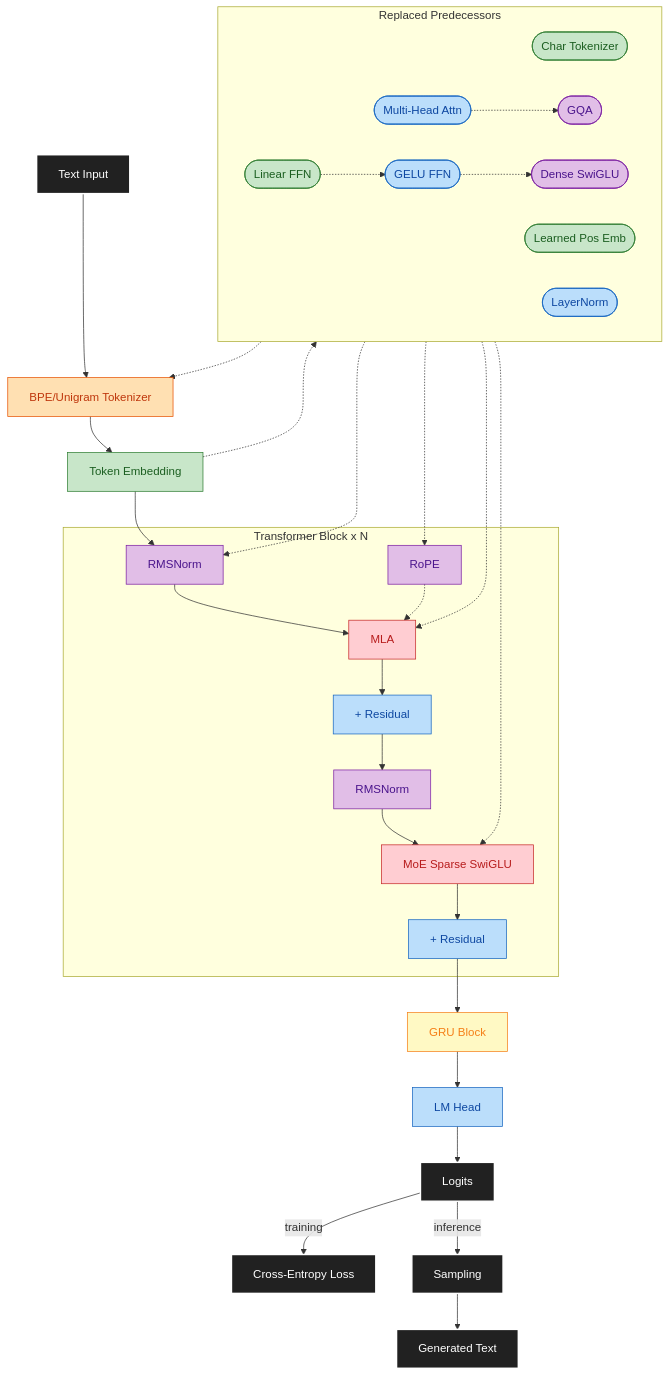
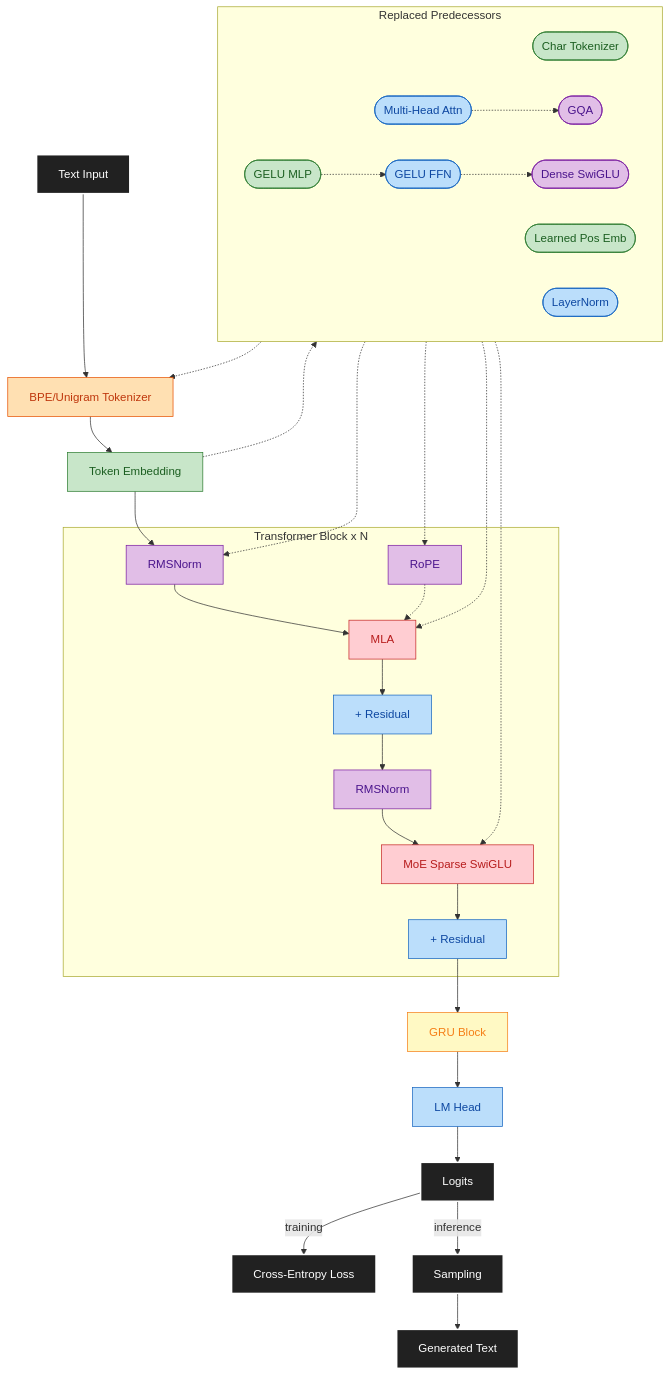
One commit to maxjbarfuss/max_llm changed the diagram in README.md. Above: the diagram before and after it, drawn with Mermaid. The commit also changed 10 other files, not shown here.

````diff
--- a/README.md
+++ b/README.md
@@ -35,44 +35,44 @@
 ```mermaid
 graph TD
     In[Text Input]:::io --> Tok[BPE/Unigram Tokenizer]:::p4 --> Emb[Token Embedding]:::p2 --> N1
 
     subgraph Block[Transformer Block x N]
         N1[RMSNorm]:::p5 --> ATT[MLA]:::p8 --> R1[+ Residual]:::p3
         RoPE[RoPE]:::p5 -.-> ATT
         R1 --> N2[RMSNorm]:::p5 --> MOE[MoE Sparse SwiGLU]:::p8 --> R2[+ Residual]:::p3
     end
 
     R2 --> GRU[GRU Block]:::p9 --> Head[LM Head]:::p3 --> Logits[Logits]:::io
     Logits -->|training| Loss[Cross-Entropy Loss]:::io
     Logits -->|inference| Samp[Sampling]:::io --> GenOut[Generated Text]:::io
 
     subgraph Replaced[Replaced Predecessors]
         direction LR
         CT([Char Tokenizer]):::p2
         LPE([Learned Pos Emb]):::p2
-        LF([Linear FFN]):::p2
+        LF([GELU MLP]):::p2
         LN([LayerNorm]):::p3
         MHA([Multi-Head Attn]):::p3
         GF([GELU FFN]):::p3
         GQA2([GQA]):::p5
         SW([Dense SwiGLU]):::p5
     end
 
     CT -.-> Tok
     Emb -.-> LPE
     LPE -.-> RoPE
     LF -.-> GF
     LN -.-> N1
     MHA -.-> GQA2
     GF -.-> SW
     GQA2 -.-> ATT
     SW -.-> MOE
 
     classDef io fill:#212121,stroke:#FFFFFF,color:#FFFFFF,stroke-width:2px
     classDef p2 fill:#C8E6C9,stroke:#2E7D32,color:#1B5E20
     classDef p3 fill:#BBDEFB,stroke:#1565C0,color:#0D47A1
     classDef p4 fill:#FFE0B2,stroke:#E65100,color:#BF360C
     classDef p5 fill:#E1BEE7,stroke:#7B1FA2,color:#4A148C
     classDef p8 fill:#FFCDD2,stroke:#C62828,color:#B71C1C
     classDef p9 fill:#FFF9C4,stroke:#F57F17,color:#F57F17
 ```
````
